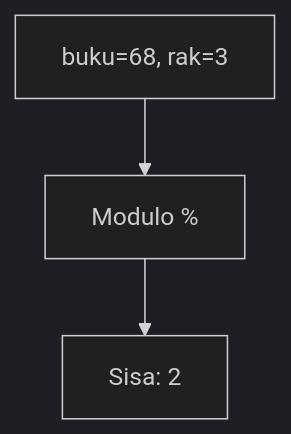
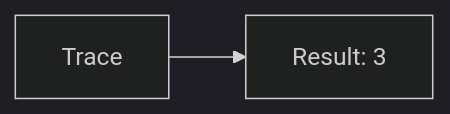
The fifth of 25 diagrams in part-c-pemahaman-cpp/01-tipe-data/latihan/set-07.md (amnahwaida/OSNK_INF_PREP), drawn with Mermaid (dark theme) before and after one commit. The commit also changed other lines of this file and 71 other files, not shown here.

````diff
--- a/part-c-pemahaman-cpp/01-tipe-data/latihan/set-07.md
+++ b/part-c-pemahaman-cpp/01-tipe-data/latihan/set-07.md
@@ -166,5 +106,4 @@
 ```mermaid
-graph TD
-A["buku=68, rak=3"] --> B["Modulo %"]
-B --> C["Sisa: 2"]
+graph LR
+A[Trace] --> B[Result: 3]
 ```
````
